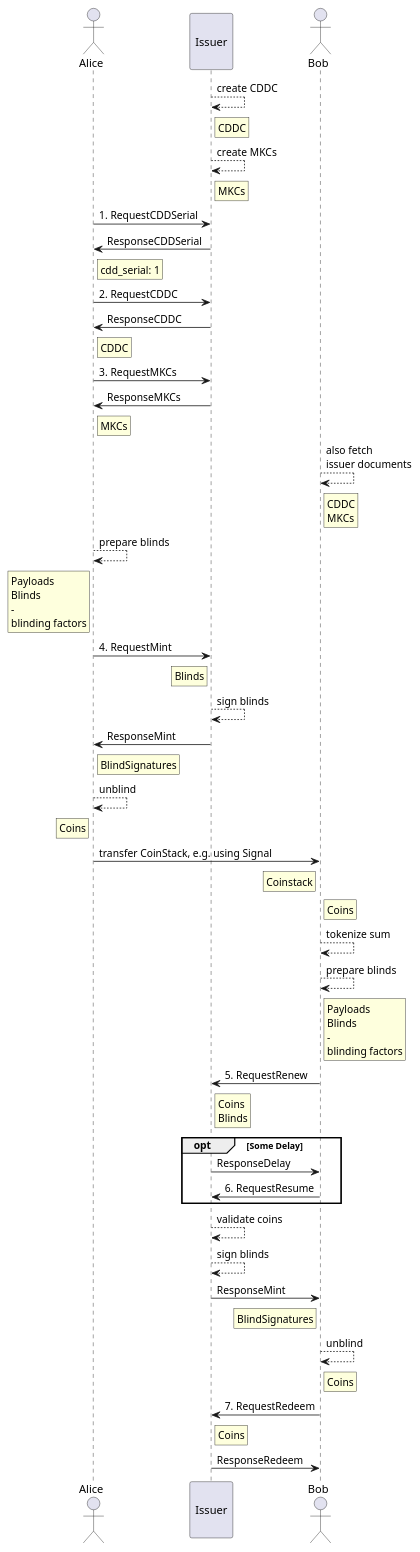
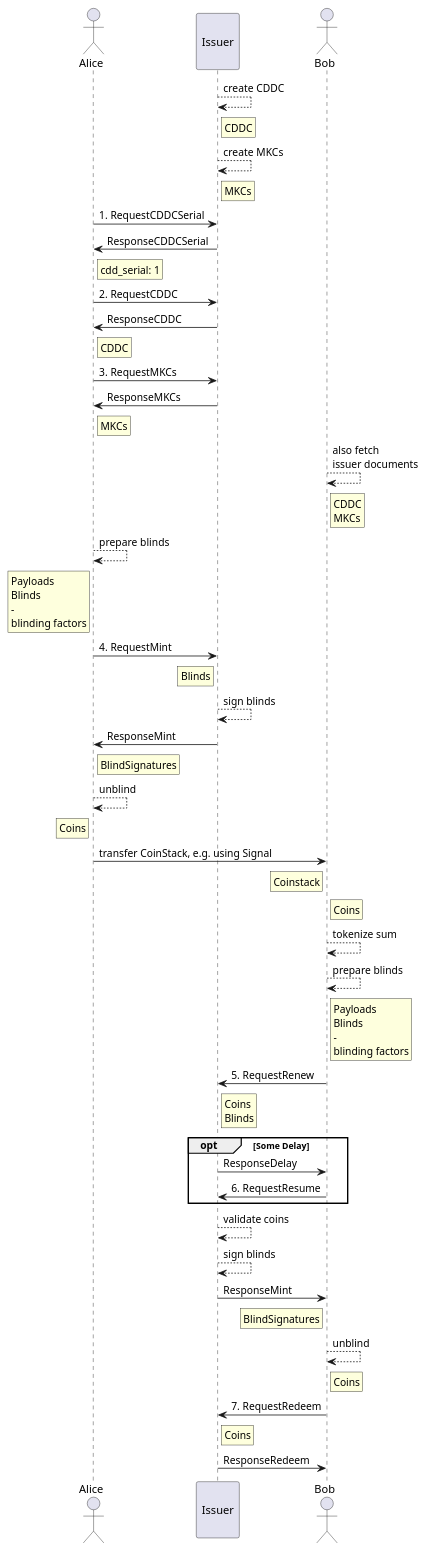
The diagram in v4/docs/sequence.puml (OpenCoin/opencoin-playground), drawn with PlantUML before and after one commit. The commit also changed 49 other files, not shown here.

Commit message:
More text, changed RequestCDDSerial to RequestCDDCSerial

```diff
--- a/v4/docs/sequence.puml
+++ b/v4/docs/sequence.puml
@@ -1,75 +1,75 @@
 @startuml
-
+skinparam backgroundColor transparent
 
 actor Alice as alice
 participant "\nIssuer\n" as  issuer
 actor Bob as bob
 
 issuer --> issuer: create CDDC
 rnote right of issuer: CDDC
 issuer --> issuer: create MKCs
 rnote right of issuer: MKCs
 
 
-alice->issuer: 1. RequestCDDSerial
-issuer->alice: ResponseCDDSerial
+alice->issuer: 1. RequestCDDCSerial
+issuer->alice: ResponseCDDCSerial
 rnote right of alice: cdd_serial: 1
 
 alice->issuer: 2. RequestCDDC
 issuer->alice:  ResponseCDDC
 rnote right of alice: CDDC
 
 alice->issuer: 3. RequestMKCs
 issuer->alice: ResponseMKCs
 rnote right of alice: MKCs
 
 bob-->bob: also fetch\nissuer documents
 rnote right of bob: CDDC\nMKCs
 
 alice --> alice: prepare blinds
 rnote left of alice: Payloads\nBlinds\n-\nblinding factors
 
 alice -> issuer: 4. RequestMint
 rnote left of issuer: Blinds
 
 issuer --> issuer: sign blinds
 
 issuer -> alice: ResponseMint
 rnote right of alice: BlindSignatures
 
 alice --> alice: unblind
 rnote left of alice: Coins
 
 alice -> bob: transfer CoinStack, e.g. using Signal
 rnote left of bob: Coinstack
 rnote right of bob: Coins
 
 bob --> bob: tokenize sum
 
 bob --> bob: prepare blinds
 rnote right of bob: Payloads\nBlinds\n-\nblinding factors
 
 bob -> issuer: 5. RequestRenew
 rnote right of issuer: Coins\nBlinds
 
 opt Some Delay
     issuer -> bob: ResponseDelay
     bob -> issuer: 6. RequestResume
 end
 
 issuer-->issuer: validate coins
 issuer --> issuer: sign blinds
 issuer -> bob: ResponseMint
 rnote left of bob: BlindSignatures
 
 bob --> bob: unblind
 rnote right of bob: Coins
 
 bob -> issuer: 7. RequestRedeem
 rnote right of issuer: Coins
 issuer->bob: ResponseRedeem
 
 
 
 
 @enduml
```
